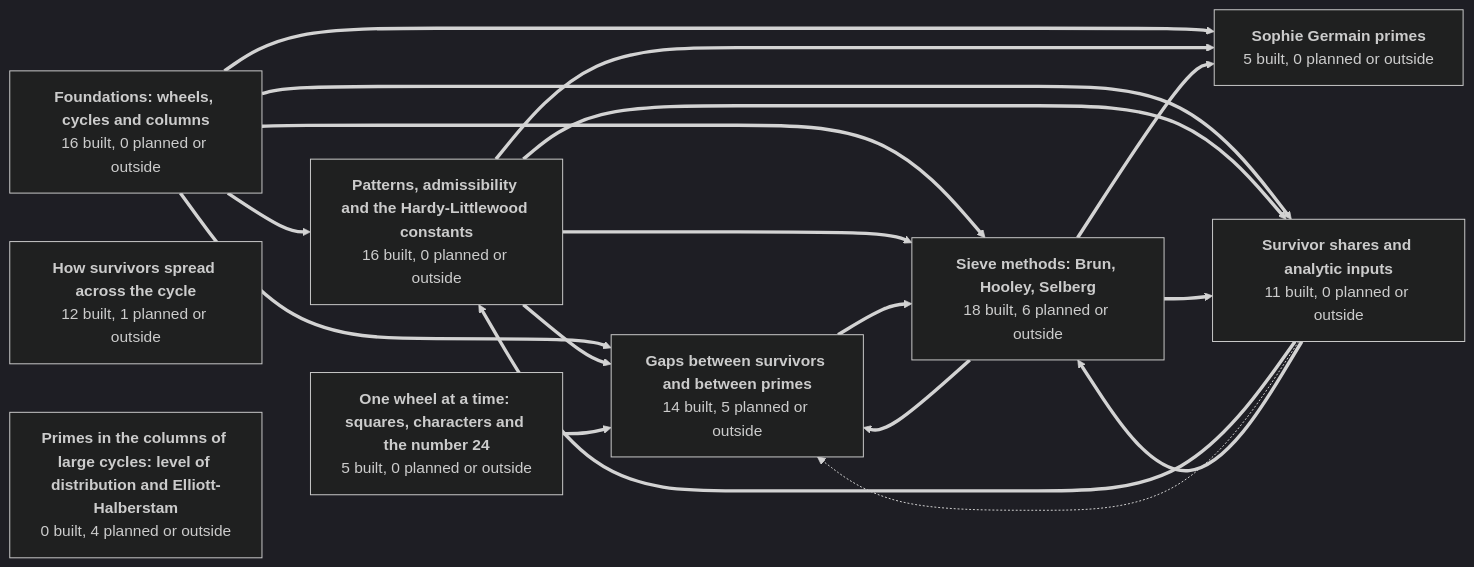
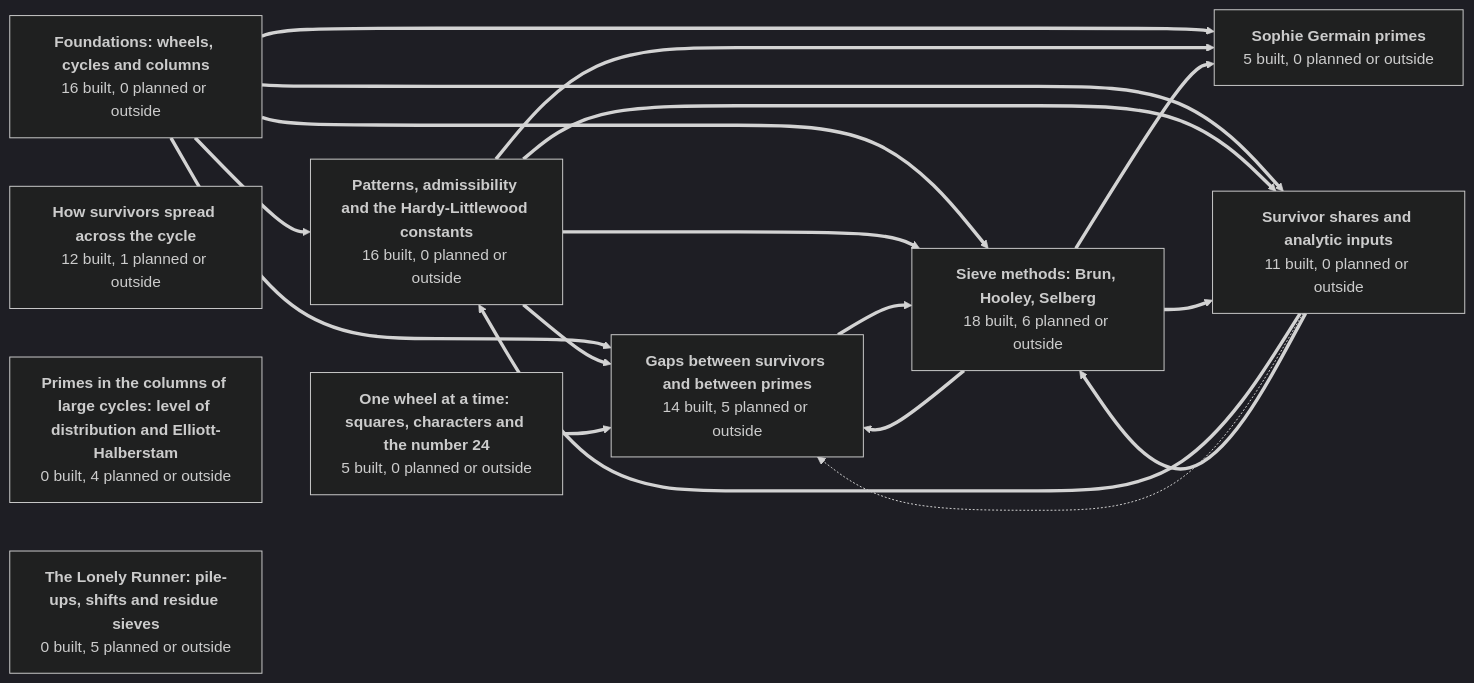
Before and after one commit to golfbum71/RNS-Sieve-Network: the first of 11 diagrams in GRAPH.md, drawn with Mermaid (dark theme). The commit also changed other lines of this file and 21 other files, not shown here.

First line of the commit message:
Lonely Runner family: five planned nodes (PileUpLock, SmallDivisorPulse, TeamShift, ResidueReduction, LonelyRecords) with sources; node list and graph

````diff
--- a/GRAPH.md
+++ b/GRAPH.md
@@ -45,38 +45,40 @@
 ```mermaid
 graph LR
   g1["<b>Foundations: wheels, cycles and columns</b><br/>16 built, 0 planned or outside"]
   g2["<b>Patterns, admissibility and the Hardy-Littlewood constants</b><br/>16 built, 0 planned or outside"]
   g3["<b>How survivors spread across the cycle</b><br/>12 built, 1 planned or outside"]
   g4["<b>Gaps between survivors and between primes</b><br/>14 built, 5 planned or outside"]
   g5["<b>Sophie Germain primes</b><br/>5 built, 0 planned or outside"]
   g6["<b>Survivor shares and analytic inputs</b><br/>11 built, 0 planned or outside"]
   g7["<b>One wheel at a time: squares, characters and the number 24</b><br/>5 built, 0 planned or outside"]
   g8["<b>Sieve methods: Brun, Hooley, Selberg</b><br/>18 built, 6 planned or outside"]
   g9["<b>Primes in the columns of large cycles: level of distribution and Elliott-Halberstam</b><br/>0 built, 4 planned or outside"]
+  g10["<b>The Lonely Runner: pile-ups, shifts and residue sieves</b><br/>0 built, 5 planned or outside"]
   g1 ==> g2
   g1 ==> g4
   g1 ==> g5
   g1 ==> g6
   g1 ==> g8
   g2 ==> g4
   g2 ==> g5
   g2 ==> g6
   g2 ==> g8
   g4 ==> g8
   g6 ==> g2
   g6 -.-> g4
   g6 ==> g8
   g7 ==> g4
   g8 ==> g4
   g8 ==> g5
   g8 ==> g6
   click g1 href "https://github.com/golfbum71/RNS-Sieve-Network/blob/main/GRAPH.md#foundations-wheels-cycles-and-columns" _self
   click g2 href "https://github.com/golfbum71/RNS-Sieve-Network/blob/main/GRAPH.md#patterns-admissibility-and-the-hardy-littlewood-constants" _self
   click g3 href "https://github.com/golfbum71/RNS-Sieve-Network/blob/main/GRAPH.md#how-survivors-spread-across-the-cycle" _self
   click g4 href "https://github.com/golfbum71/RNS-Sieve-Network/blob/main/GRAPH.md#gaps-between-survivors-and-between-primes" _self
   click g5 href "https://github.com/golfbum71/RNS-Sieve-Network/blob/main/GRAPH.md#sophie-germain-primes" _self
   click g6 href "https://github.com/golfbum71/RNS-Sieve-Network/blob/main/GRAPH.md#survivor-shares-and-analytic-inputs" _self
   click g7 href "https://github.com/golfbum71/RNS-Sieve-Network/blob/main/GRAPH.md#one-wheel-at-a-time-squares-characters-and-the-number-24" _self
   click g8 href "https://github.com/golfbum71/RNS-Sieve-Network/blob/main/GRAPH.md#sieve-methods-brun-hooley-selberg" _self
   click g9 href "https://github.com/golfbum71/RNS-Sieve-Network/blob/main/GRAPH.md#primes-in-the-columns-of-large-cycles-level-of-distribution-and-elliott-halberstam" _self
+  click g10 href "https://github.com/golfbum71/RNS-Sieve-Network/blob/main/GRAPH.md#the-lonely-runner-pile-ups-shifts-and-residue-sieves" _self
 ```
````
